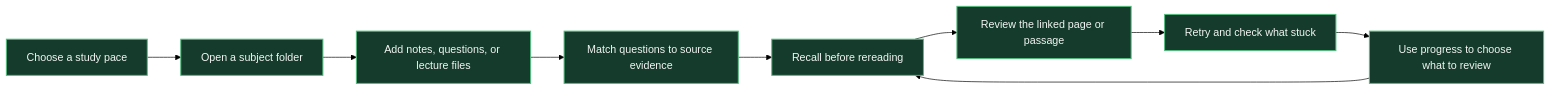
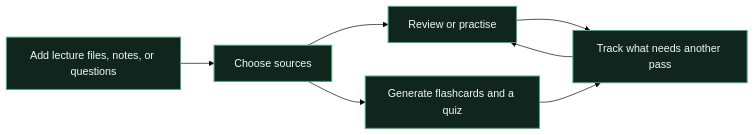
Before and after one commit to jaexmachine/recall-loop: the diagram in README.md, drawn with Mermaid (forest theme). The commit also changed other lines of this file and 3 other files, not shown here.

````diff
--- a/README.md
+++ b/README.md
@@ -16,13 +9,11 @@
 ```mermaid
 flowchart LR
-    A[Choose a study pace] --> B[Open a subject folder]
-    B --> C[Add notes, questions, or lecture files]
-    C --> D[Match questions to source evidence]
-    D --> E[Recall before rereading]
-    E --> F[Review the linked page or passage]
-    F --> G[Retry and check what stuck]
-    G --> H[Use progress to choose what to review]
-    H --> E
-    classDef action fill:#143b2b,stroke:#54bd7f,color:#f3f6f4,stroke-width:1.5px
-    class A,B,C,D,E,F,G,H action
+    A[Add lecture files, notes, or questions] --> B[Choose sources]
+    B --> C[Review or practise]
+    B --> D[Generate flashcards and a quiz]
+    C --> E[Track what needs another pass]
+    D --> E
+    E --> C
+    classDef step fill:#10251e,stroke:#45a878,color:#f4f7f5,stroke-width:1.5px
+    class A,B,C,D,E step
 ```
````
